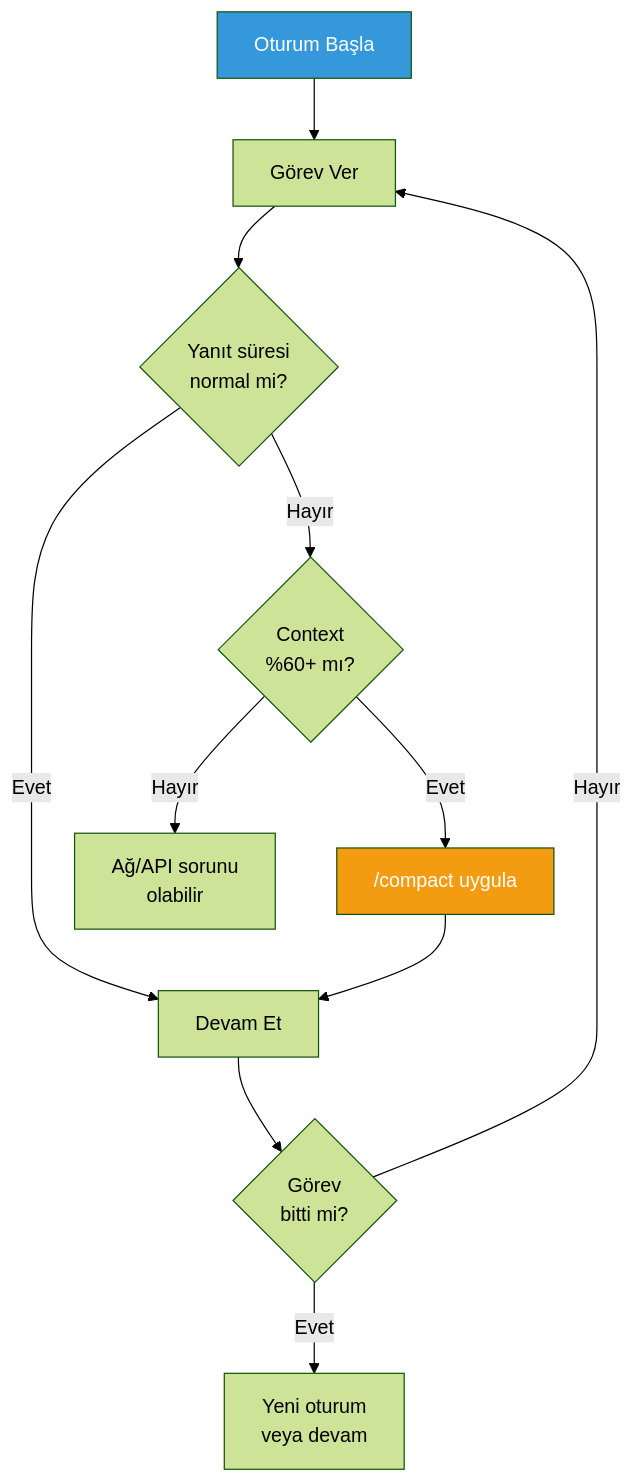
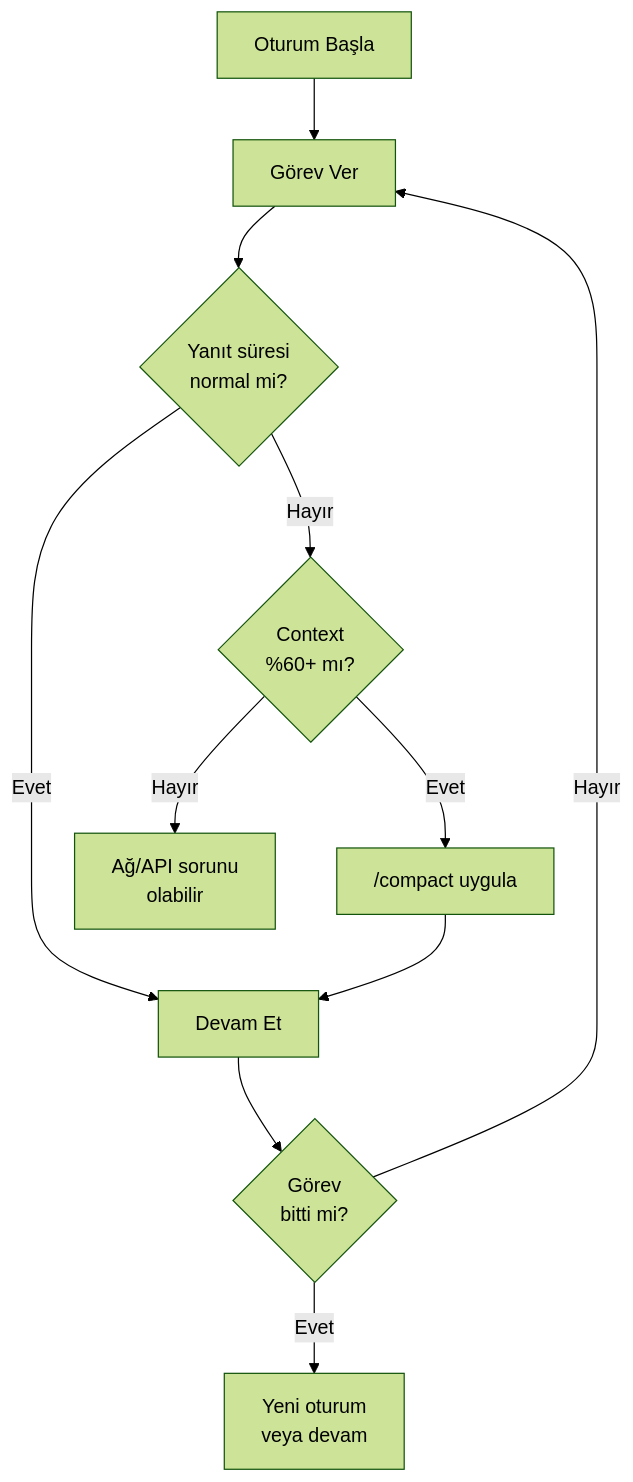
The fourth of 4 diagrams in 21-sorun-giderme/02-context-window-sorunlari.md (IzzetYasinAtes/ClaudeCodeHandbook), drawn with Mermaid (forest theme) before and after one commit. The commit also changed other lines of this file and 97 other files, not shown here.

Commit message:
Remove all custom Mermaid style/fill colors from 98 markdown files for consistent dark theme rendering

````diff
--- a/21-sorun-giderme/02-context-window-sorunlari.md
+++ b/21-sorun-giderme/02-context-window-sorunlari.md
@@ -186,16 +178,14 @@
 ```mermaid
 flowchart TD
     A["Oturum Başla"] --> B["Görev Ver"]
     B --> C{"Yanıt süresi<br/>normal mi?"}
     C -->|Evet| D["Devam Et"]
     C -->|Hayır| E{"Context<br/>%60+ mı?"}
     E -->|Hayır| F["Ağ/API sorunu<br/>olabilir"]
     E -->|Evet| G["/compact uygula"]
     G --> D
     D --> H{"Görev<br/>bitti mi?"}
     H -->|Evet| I["Yeni oturum<br/>veya devam"]
     H -->|Hayır| B
 
-    style A fill:#3498DB,color:#fff
-    style G fill:#F39C12,color:#fff
 ```
````
